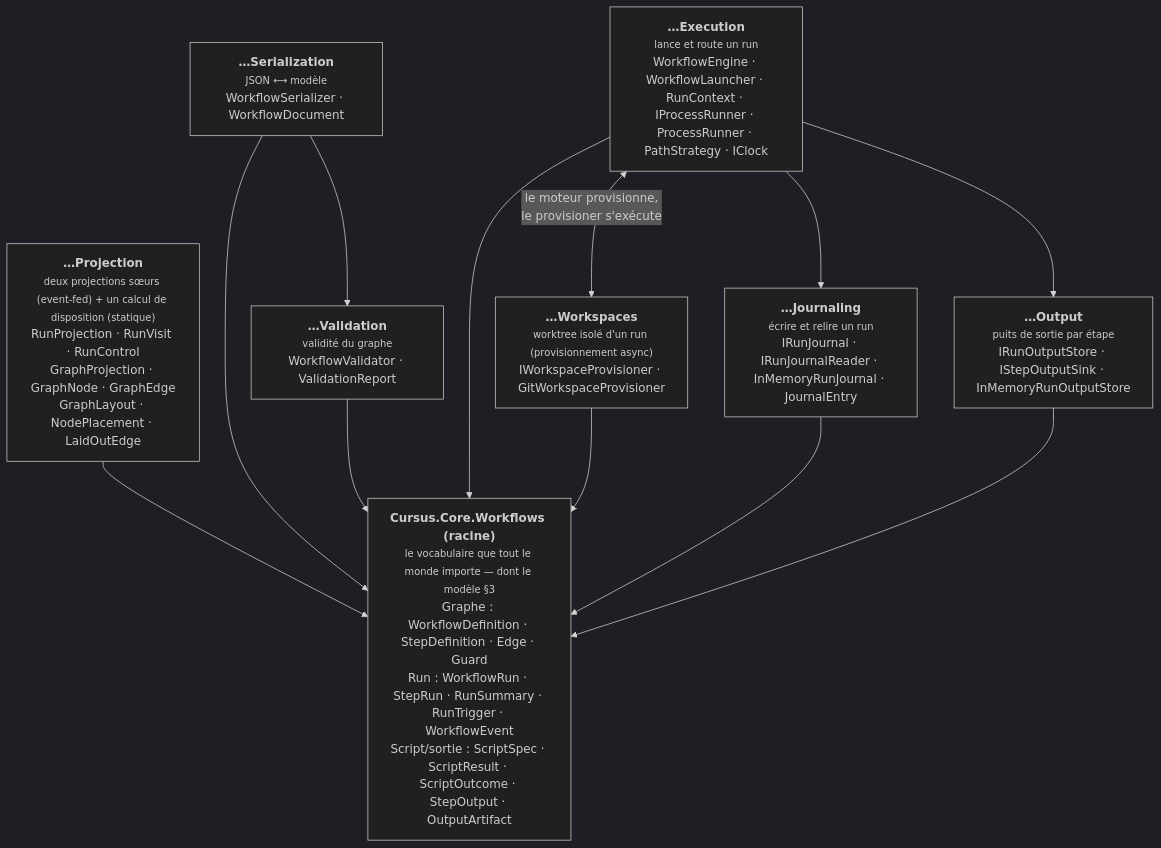
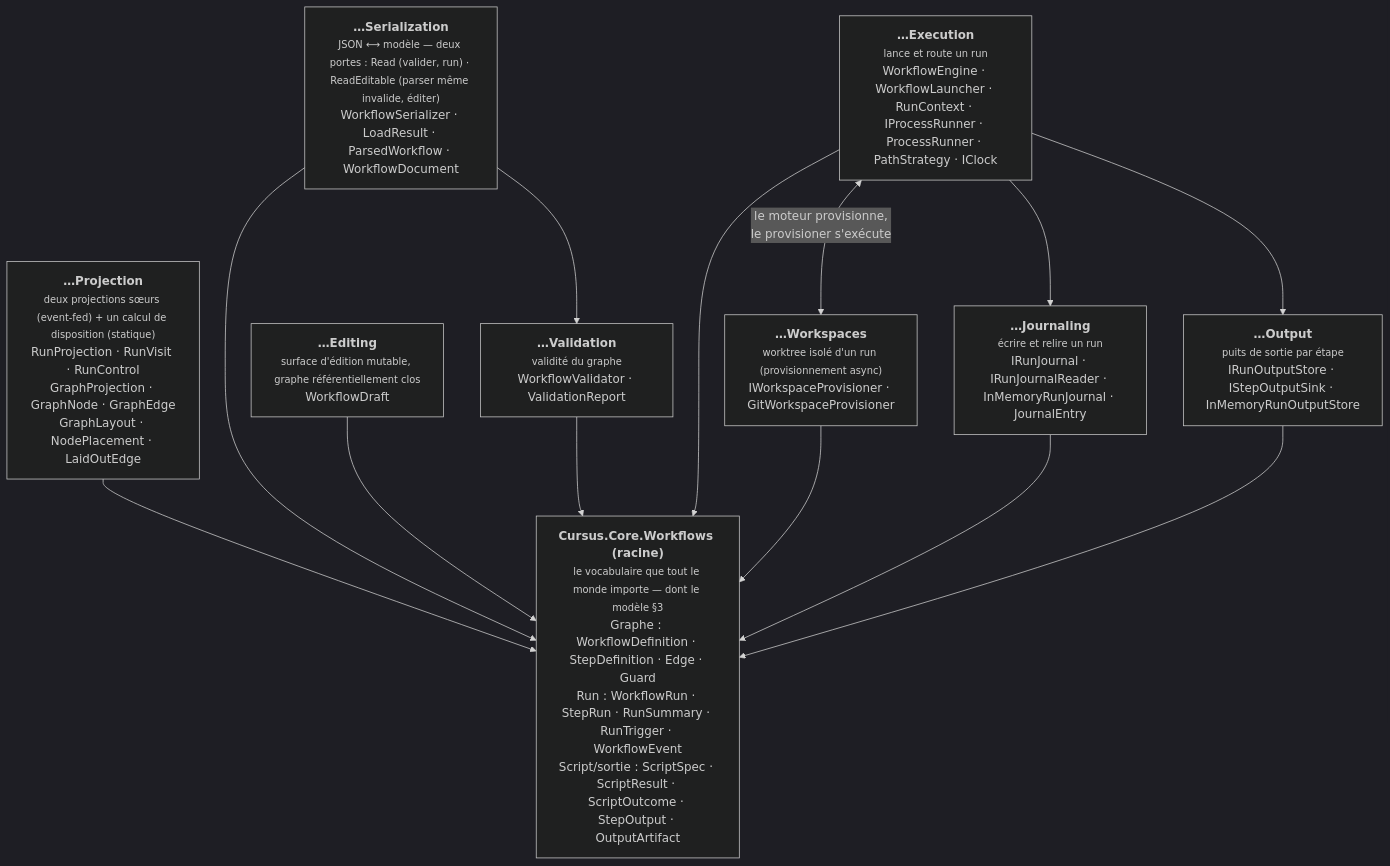
The fifth of 10 diagrams in docs/design/schemas.md (Apemb/Cursus), drawn with Mermaid (dark theme) before and after one commit. The commit also changed other lines of this file and 6 other files, not shown here.

````diff
--- a/docs/design/schemas.md
+++ b/docs/design/schemas.md
@@ -295,24 +295,26 @@
 ```mermaid
 flowchart TB
   root["<b>Cursus.Core.Workflows (racine)</b><br/><small>le vocabulaire que tout le monde importe — dont le modèle §3</small><br/>Graphe : WorkflowDefinition · StepDefinition · Edge · Guard<br/>Run : WorkflowRun · StepRun · RunSummary · RunTrigger · WorkflowEvent<br/>Script/sortie : ScriptSpec · ScriptResult · ScriptOutcome · StepOutput · OutputArtifact"]
 
   Exec["<b>…Execution</b><br/><small>lance et route un run</small><br/>WorkflowEngine · WorkflowLauncher · RunContext · IProcessRunner · ProcessRunner · PathStrategy · IClock"]
   Proj["<b>…Projection</b><br/><small>deux projections sœurs (event-fed) + un calcul de disposition (statique)</small><br/>RunProjection · RunVisit · RunControl<br/>GraphProjection · GraphNode · GraphEdge<br/>GraphLayout · NodePlacement · LaidOutEdge"]
-  Ser["<b>…Serialization</b><br/><small>JSON ⟷ modèle</small><br/>WorkflowSerializer · WorkflowDocument"]
+  Ser["<b>…Serialization</b><br/><small>JSON ⟷ modèle — deux portes : Read (valider, run) · ReadEditable (parser même invalide, éditer)</small><br/>WorkflowSerializer · LoadResult · ParsedWorkflow · WorkflowDocument"]
   Val["<b>…Validation</b><br/><small>validité du graphe</small><br/>WorkflowValidator · ValidationReport"]
+  Edit["<b>…Editing</b><br/><small>surface d'édition mutable, graphe référentiellement clos</small><br/>WorkflowDraft"]
   Jou["<b>…Journaling</b><br/><small>écrire et relire un run</small><br/>IRunJournal · IRunJournalReader · InMemoryRunJournal · JournalEntry"]
   Out["<b>…Output</b><br/><small>puits de sortie par étape</small><br/>IRunOutputStore · IStepOutputSink · InMemoryRunOutputStore"]
   Wsp["<b>…Workspaces</b><br/><small>worktree isolé d'un run (provisionnement async)</small><br/>IWorkspaceProvisioner · GitWorkspaceProvisioner"]
 
   Exec --> root
   Proj --> root
   Ser --> root
   Val --> root
+  Edit --> root
   Jou --> root
   Out --> root
   Wsp --> root
   Ser --> Val
   Exec <-->|"le moteur provisionne,<br/>le provisioner s'exécute"| Wsp
   Exec --> Jou
   Exec --> Out
 ```
````
